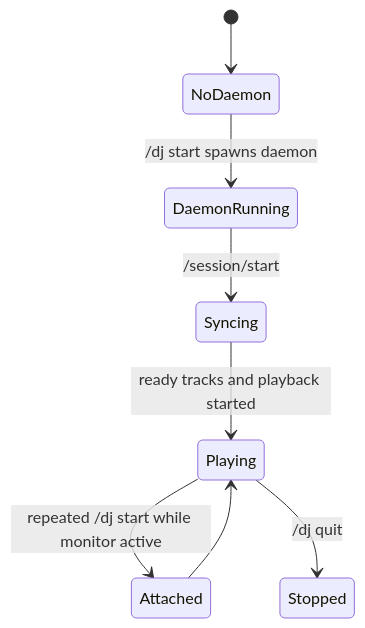
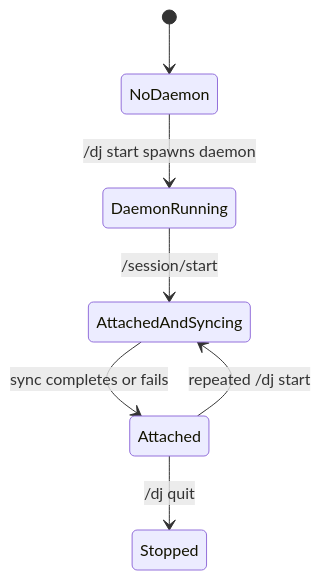
One commit to AdamPSU/agent-dj changed the diagram in wiki/concepts/session-control.md. Above: the diagram before and after it, drawn with Mermaid. The commit also changed other lines of this file and 19 other files, not shown here.

````diff
--- a/wiki/concepts/session-control.md
+++ b/wiki/concepts/session-control.md
@@ -12,10 +12,9 @@
 ```mermaid
 stateDiagram-v2
     [*] --> NoDaemon
     NoDaemon --> DaemonRunning: /dj start spawns daemon
-    DaemonRunning --> Syncing: /session/start
-    Syncing --> Playing: ready tracks and playback started
-    Playing --> Attached: repeated /dj start while monitor active
-    Playing --> Stopped: /dj quit
-    Attached --> Playing
+    DaemonRunning --> AttachedAndSyncing: /session/start
+    AttachedAndSyncing --> Attached: sync completes or fails
+    Attached --> AttachedAndSyncing: repeated /dj start
+    Attached --> Stopped: /dj quit
 ```
````
